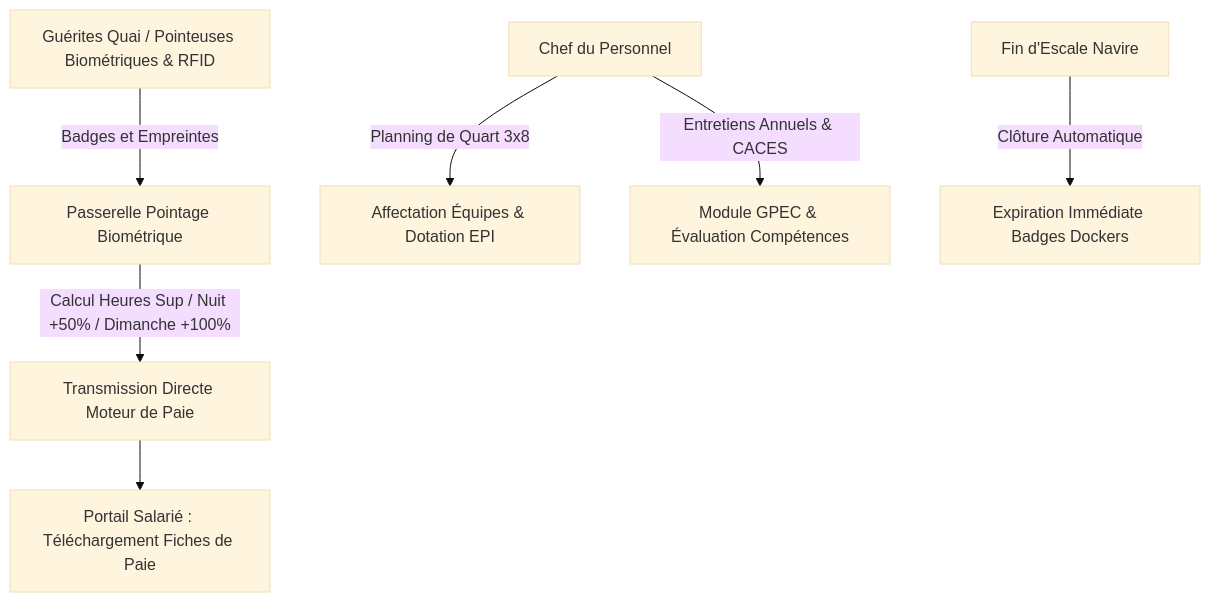
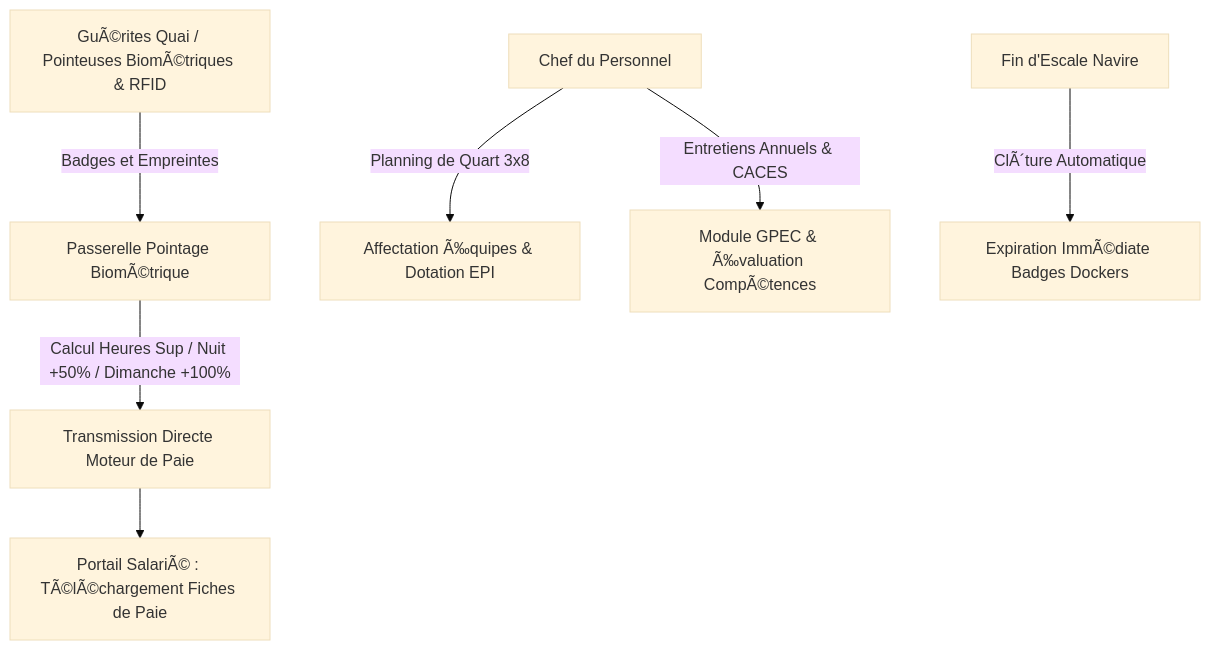
The diagram in RAPORT_EXPERTISE_CHEF_PERSONNEL_PORTAIL_EMPLOYE.md (elevationchic-ux/evo-log-pro), drawn with Mermaid (base theme) before and after one commit. The commit also changed other lines of this file and 27 other files, not shown here.

````diff
--- a/RAPORT_EXPERTISE_CHEF_PERSONNEL_PORTAIL_EMPLOYE.md
+++ b/RAPORT_EXPERTISE_CHEF_PERSONNEL_PORTAIL_EMPLOYE.md
@@ -51,9 +51,9 @@
 ```mermaid
 graph TD
-    A[Guérites Quai / Pointeuses Biométriques & RFID] -->|Badges et Empreintes| B[Passerelle Pointage Biométrique]
+    A[GuÃ©rites Quai / Pointeuses BiomÃ©triques & RFID] -->|Badges et Empreintes| B[Passerelle Pointage BiomÃ©trique]
     B -->|Calcul Heures Sup / Nuit +50% / Dimanche +100%| C[Transmission Directe Moteur de Paie]
-    D[Chef du Personnel] -->|Planning de Quart 3x8| E[Affectation Équipes & Dotation EPI]
-    D -->|Entretiens Annuels & CACES| F[Module GPEC & Évaluation Compétences]
-    G[Fin d'Escale Navire] -->|Clôture Automatique| H[Expiration Immédiate Badges Dockers]
-    C --> I[Portail Salarié : Téléchargement Fiches de Paie]
+    D[Chef du Personnel] -->|Planning de Quart 3x8| E[Affectation Ã‰quipes & Dotation EPI]
+    D -->|Entretiens Annuels & CACES| F[Module GPEC & Ã‰valuation CompÃ©tences]
+    G[Fin d'Escale Navire] -->|ClÃ´ture Automatique| H[Expiration ImmÃ©diate Badges Dockers]
+    C --> I[Portail SalariÃ© : TÃ©lÃ©chargement Fiches de Paie]
 ```
````
